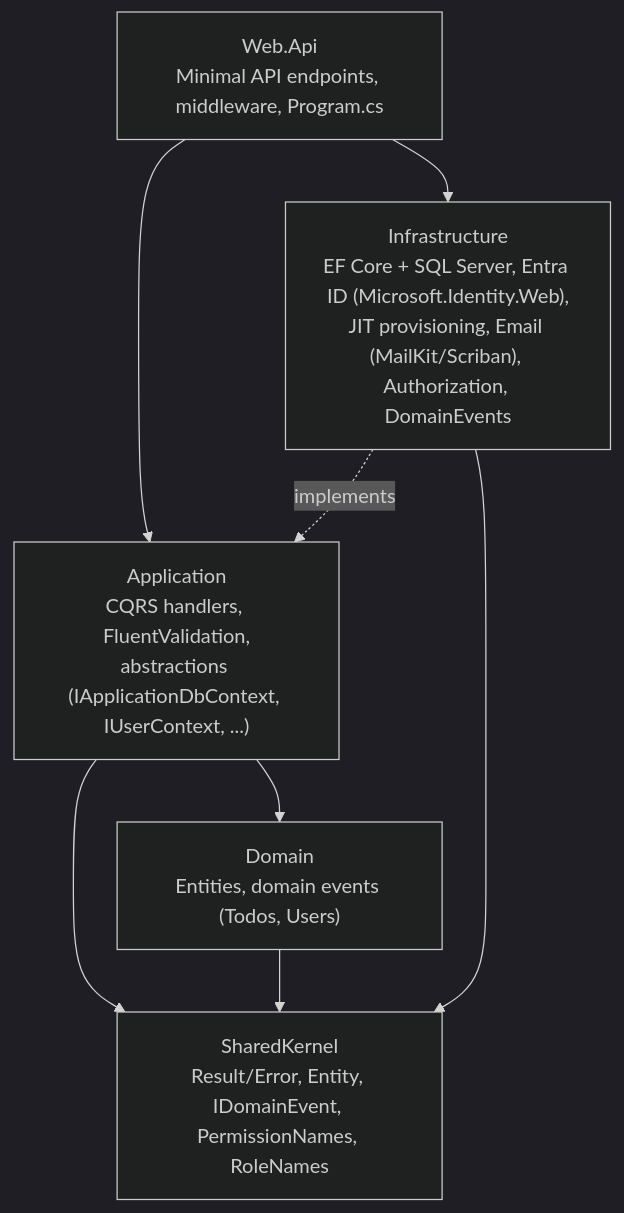
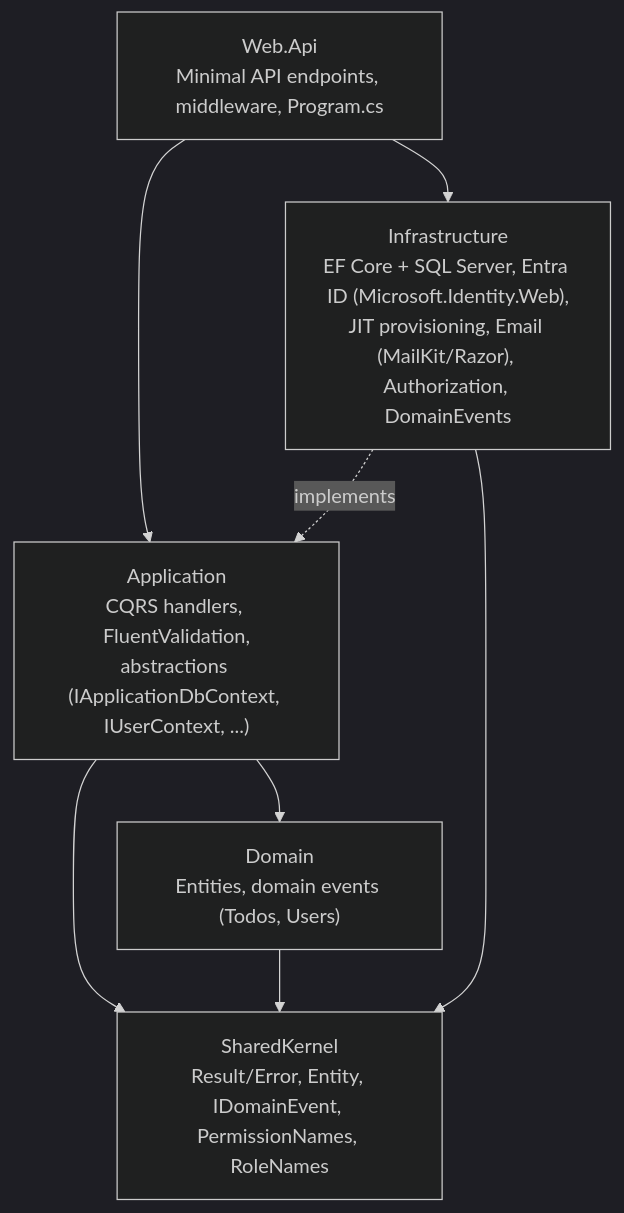
One commit to aihernandez/aspire-entra-clean-architecture changed the first of 2 diagrams in README.md. Above: the diagram before and after it, drawn with Mermaid (dark theme). The commit also changed other lines of this file, not shown here.

First line of the commit message:
docs: document frontend, backend, and Razor email flows in README

````diff
--- a/README.md
+++ b/README.md
@@ -57,16 +57,16 @@
 ```mermaid
 flowchart TD
     WebApi["Web.Api<br/>Minimal API endpoints, middleware, Program.cs"]
-    Infra["Infrastructure<br/>EF Core + SQL Server, Entra ID (Microsoft.Identity.Web),<br/>JIT provisioning, Email (MailKit/Scriban), Authorization, DomainEvents"]
+    Infra["Infrastructure<br/>EF Core + SQL Server, Entra ID (Microsoft.Identity.Web),<br/>JIT provisioning, Email (MailKit/Razor), Authorization, DomainEvents"]
     App["Application<br/>CQRS handlers, FluentValidation,<br/>abstractions (IApplicationDbContext, IUserContext, ...)"]
     Domain["Domain<br/>Entities, domain events (Todos, Users)"]
     Shared["SharedKernel<br/>Result/Error, Entity, IDomainEvent, PermissionNames, RoleNames"]
 
     WebApi --> App
     WebApi --> Infra
     Infra -. implements .-> App
     App --> Domain
     App --> Shared
     Domain --> Shared
     Infra --> Shared
 ```
````
